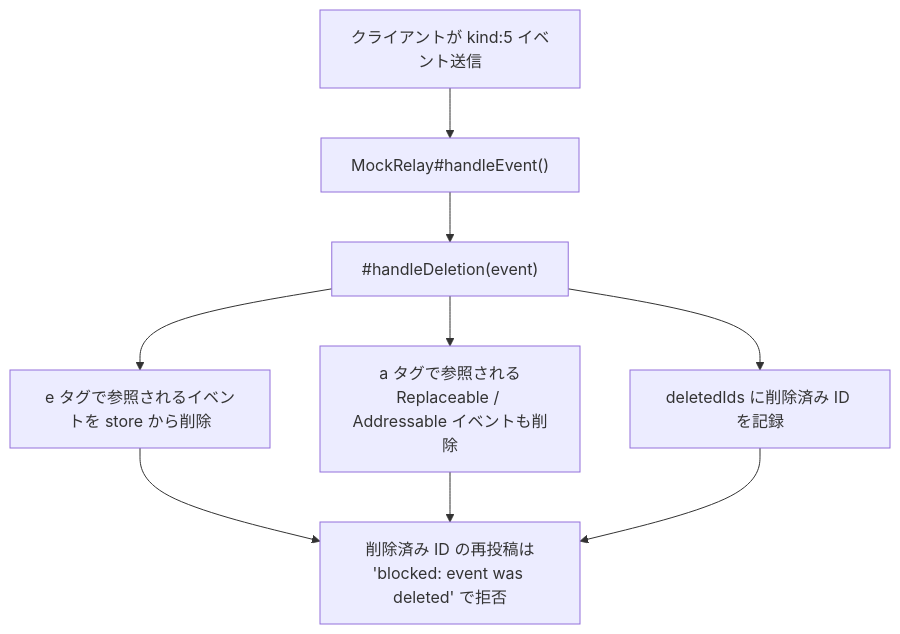
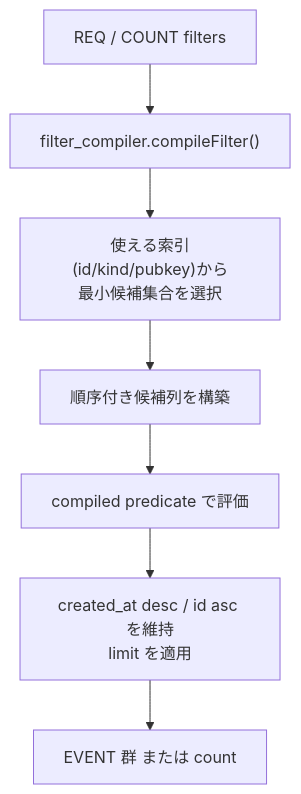
The fifth of 6 diagrams in docs/reference/architecture.md (ikuradon/tsunagiya), drawn with Mermaid before and after one commit. The commit also changed other lines of this file and 84 other files, not shown here.

````diff
--- a/docs/reference/architecture.md
+++ b/docs/reference/architecture.md
@@ -373,11 +249,9 @@
 ```mermaid
 flowchart TD
-    Start["クライアントが kind:5 イベント送信"] --> HE["MockRelay#handleEvent()"]
-    HE --> HD["#handleDeletion(event)"]
-    HD --> ETag["e タグで参照されるイベントを store から削除"]
-    HD --> ATag["a タグで参照される\nReplaceable / Addressable イベントも削除"]
-    HD --> Record["deletedIds に削除済み ID を記録"]
-    ETag --> Block["削除済み ID の再投稿は\n'blocked: event was deleted' で拒否"]
-    ATag --> Block
-    Record --> Block
+    Filters["REQ / COUNT filters"] --> Compile["filter_compiler.compileFilter()"]
+    Compile --> Pick["使える索引(id/kind/pubkey)から\n最小候補集合を選択"]
+    Pick --> Ordered["順序付き候補列を構築"]
+    Ordered --> Match["compiled predicate で評価"]
+    Match --> Limit["created_at desc / id asc を維持\nlimit を適用"]
+    Limit --> Result["EVENT 群 または count"]
 ```
````
